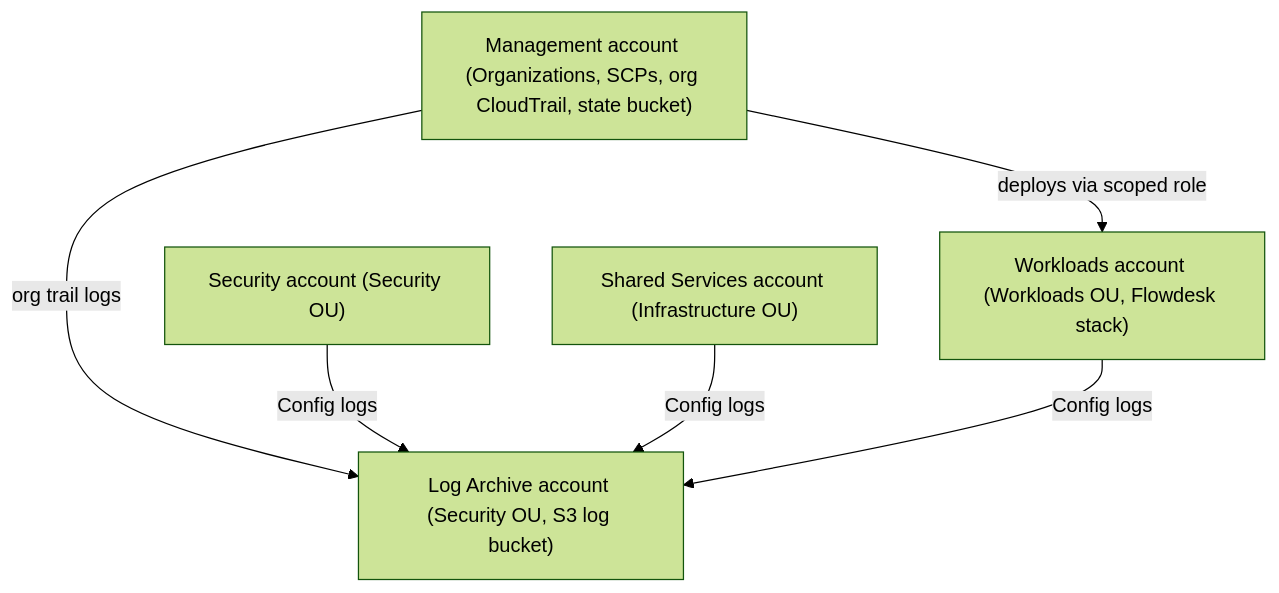
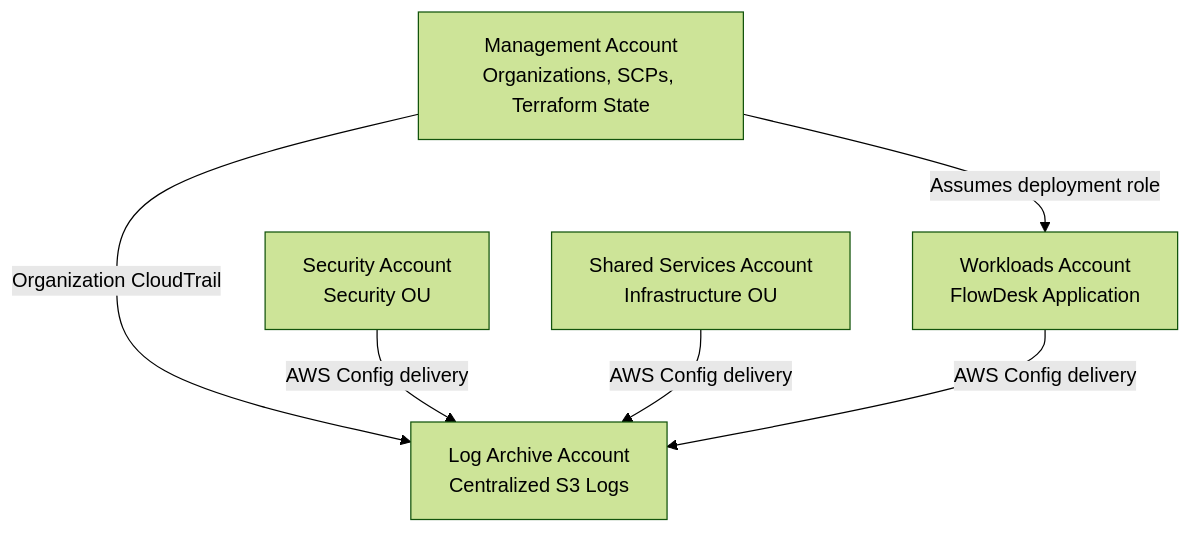
The diagram in README.md (nicolemarise/flowdesk-landing-zone), drawn with Mermaid (forest theme) before and after one commit. The commit also changed other lines of this file, not shown here.

Commit message:
Revise architecture diagram in README (#18)
Updated the architecture diagram to improve clarity and detail.

````diff
--- a/README.md
+++ b/README.md
@@ -15,13 +18,14 @@
 ```mermaid
 flowchart TB
-    MGMT["Management account (Organizations, SCPs, org CloudTrail, state bucket)"]
-    S1["Security account (Security OU)"]
-    S2["Log Archive account (Security OU, S3 log bucket)"]
-    I1["Shared Services account (Infrastructure OU)"]
-    W1["Workloads account (Workloads OU, Flowdesk stack)"]
-    MGMT -->|"org trail logs"| S2
-    S1 -->|"Config logs"| S2
-    I1 -->|"Config logs"| S2
-    W1 -->|"Config logs"| S2
-    MGMT -->|"deploys via scoped role"| W1
+    MGMT["Management Account<br/>Organizations, SCPs, Terraform State"]
+    SEC["Security Account<br/>Security OU"]
+    LOG["Log Archive Account<br/>Centralized S3 Logs"]
+    SHARED["Shared Services Account<br/>Infrastructure OU"]
+    WORK["Workloads Account<br/>FlowDesk Application"]
+
+    MGMT -->|"Organization CloudTrail"| LOG
+    MGMT -->|"Assumes deployment role"| WORK
+    SEC -->|"AWS Config delivery"| LOG
+    SHARED -->|"AWS Config delivery"| LOG
+    WORK -->|"AWS Config delivery"| LOG
 ```
````
